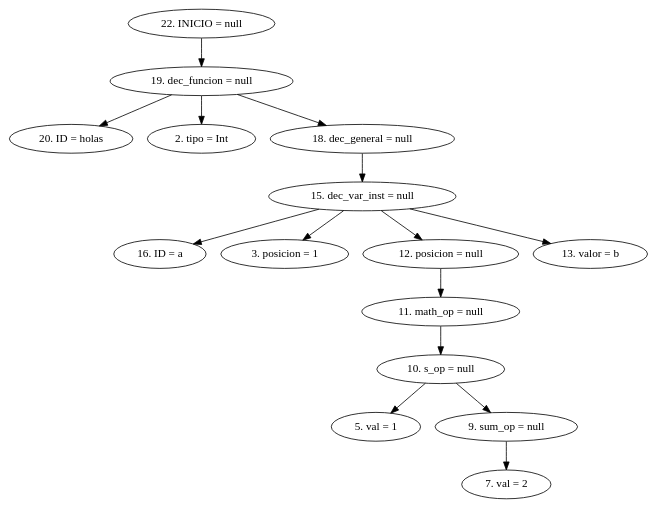
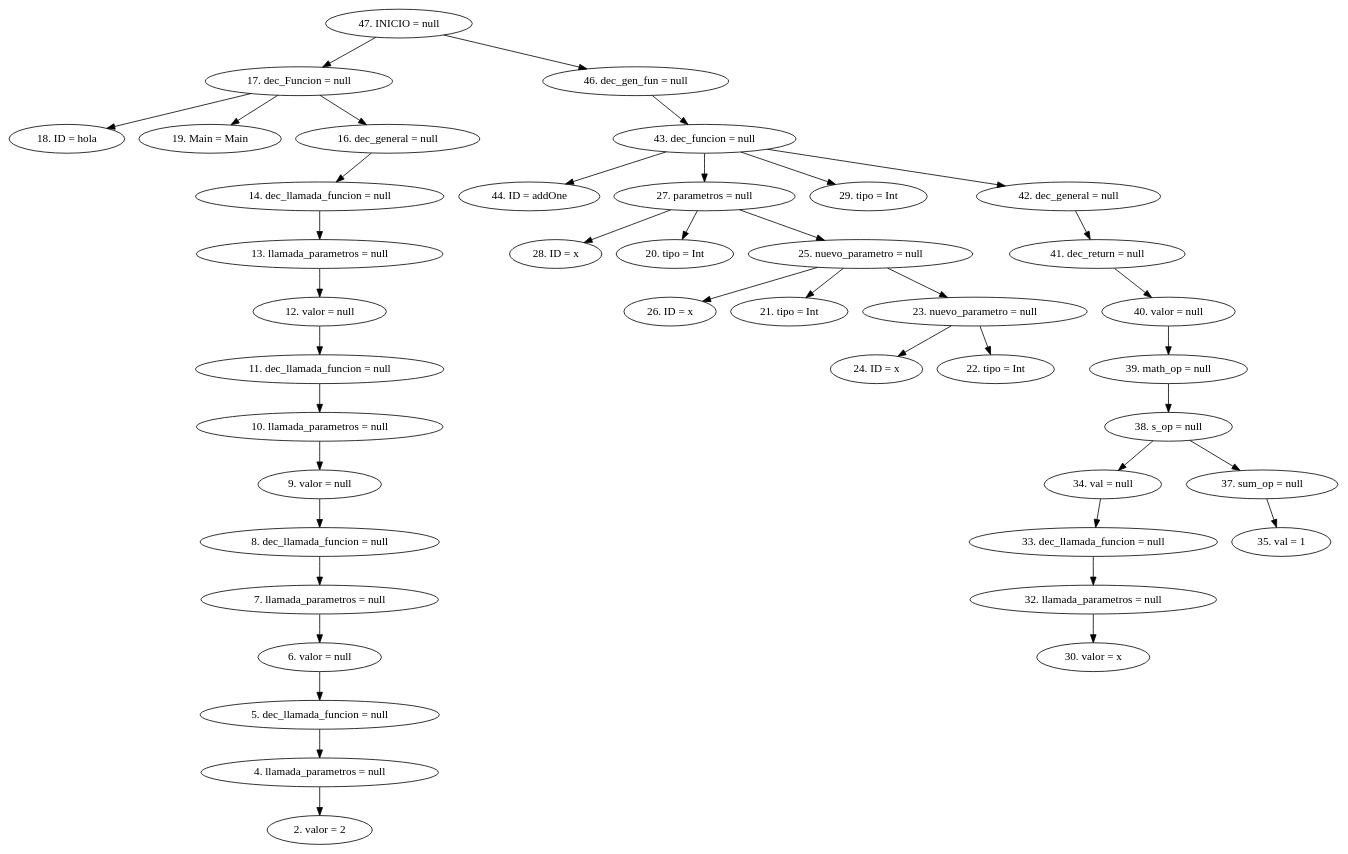
The diagram in AST.dot (CarlosSosVos/NACHTs), drawn with Graphviz before and after one commit. The commit also changed 8 other files, not shown here.

```diff
--- a/AST.dot
+++ b/AST.dot
@@ -1,18 +1,44 @@
 digraph G {
-"22. INICIO = null"->"19. dec_funcion = null"
-"19. dec_funcion = null"->"20. ID = holas"
-"19. dec_funcion = null"->"2. tipo = Int"
-"19. dec_funcion = null"->"18. dec_general = null"
-"18. dec_general = null"->"15. dec_var_inst = null"
-"15. dec_var_inst = null"->"16. ID = a"
-"15. dec_var_inst = null"->"3. posicion = 1"
-"15. dec_var_inst = null"->"12. posicion = null"
-"12. posicion = null"->"11. math_op = null"
-"11. math_op = null"->"10. s_op = null"
-"10. s_op = null"->"5. val = 1"
-"10. s_op = null"->"9. sum_op = null"
-"9. sum_op = null"->"7. val = 2"
-"15. dec_var_inst = null"->"13. valor = b"
+"47. INICIO = null"->"17. dec_Funcion = null"
+"17. dec_Funcion = null"->"18. ID = hola"
+"17. dec_Funcion = null"->"19. Main = Main"
+"17. dec_Funcion = null"->"16. dec_general = null"
+"16. dec_general = null"->"14. dec_llamada_funcion = null"
+"14. dec_llamada_funcion = null"->"13. llamada_parametros = null"
+"13. llamada_parametros = null"->"12. valor = null"
+"12. valor = null"->"11. dec_llamada_funcion = null"
+"11. dec_llamada_funcion = null"->"10. llamada_parametros = null"
+"10. llamada_parametros = null"->"9. valor = null"
+"9. valor = null"->"8. dec_llamada_funcion = null"
+"8. dec_llamada_funcion = null"->"7. llamada_parametros = null"
+"7. llamada_parametros = null"->"6. valor = null"
+"6. valor = null"->"5. dec_llamada_funcion = null"
+"5. dec_llamada_funcion = null"->"4. llamada_parametros = null"
+"4. llamada_parametros = null"->"2. valor = 2"
+"47. INICIO = null"->"46. dec_gen_fun = null"
+"46. dec_gen_fun = null"->"43. dec_funcion = null"
+"43. dec_funcion = null"->"44. ID = addOne"
+"43. dec_funcion = null"->"27. parametros = null"
+"27. parametros = null"->"28. ID = x"
+"27. parametros = null"->"20. tipo = Int"
+"27. parametros = null"->"25. nuevo_parametro = null"
+"25. nuevo_parametro = null"->"26. ID = x"
+"25. nuevo_parametro = null"->"21. tipo = Int"
+"25. nuevo_parametro = null"->"23. nuevo_parametro = null"
+"23. nuevo_parametro = null"->"24. ID = x"
+"23. nuevo_parametro = null"->"22. tipo = Int"
+"43. dec_funcion = null"->"29. tipo = Int"
+"43. dec_funcion = null"->"42. dec_general = null"
+"42. dec_general = null"->"41. dec_return = null"
+"41. dec_return = null"->"40. valor = null"
+"40. valor = null"->"39. math_op = null"
+"39. math_op = null"->"38. s_op = null"
+"38. s_op = null"->"34. val = null"
+"34. val = null"->"33. dec_llamada_funcion = null"
+"33. dec_llamada_funcion = null"->"32. llamada_parametros = null"
+"32. llamada_parametros = null"->"30. valor = x"
+"38. s_op = null"->"37. sum_op = null"
+"37. sum_op = null"->"35. val = 1"
 
 
 }
```
